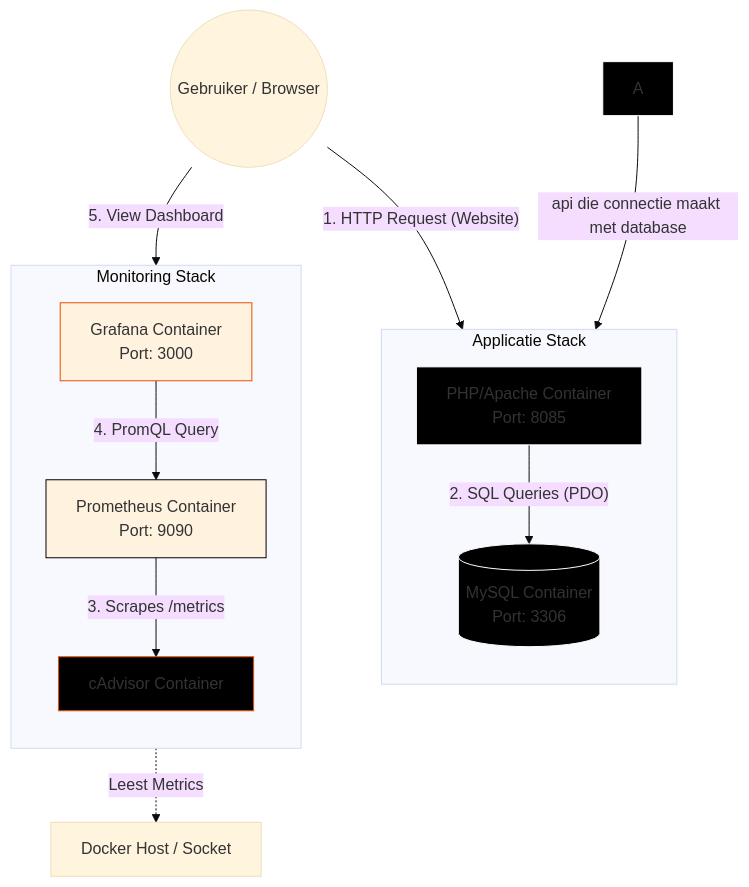
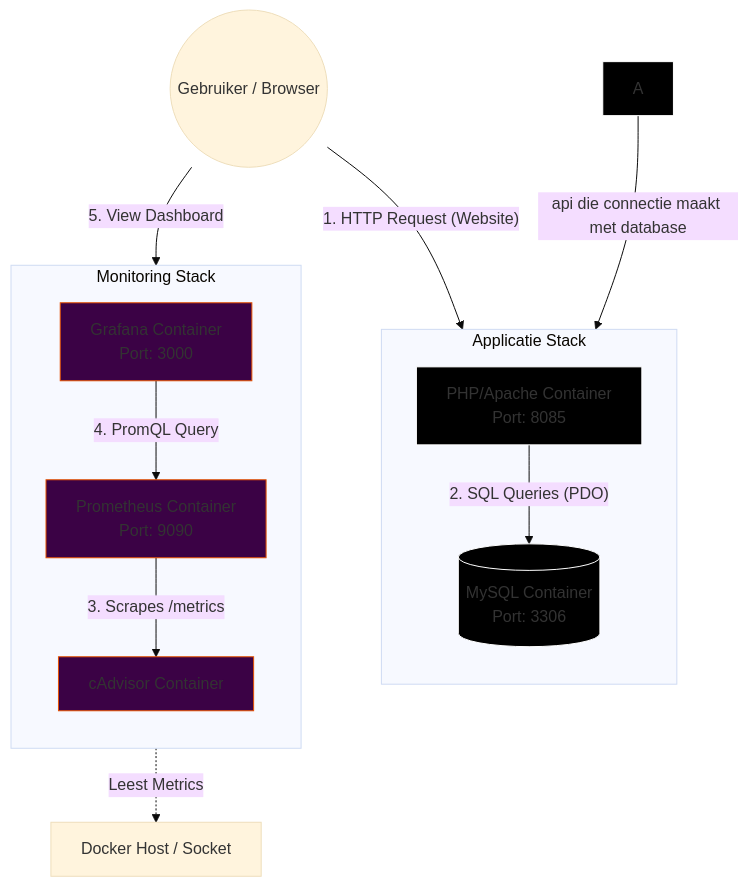
One commit to oguzhan6/jenkins-test changed the diagram in documentation.md. Above: the diagram before and after it, drawn with Mermaid (base theme). The commit also changed other lines of this file, not shown here.

````diff
--- a/documentation.md
+++ b/documentation.md
@@ -8,44 +8,44 @@
 ```mermaid
 graph TD
     %% Definieer de Gebruiker
     User((Gebruiker / Browser))
 
     %% Host Systeem
     Host[Docker Host / Socket]
 
     %% Groepering Applicatie
     subgraph AppStack [Applicatie Stack]
         direction TB
         PHP[PHP/Apache Container<br/>Port: 8085]
         MySQL[(MySQL Container<br/>Port: 3306)]
     end
 
     %% Groepering Monitoring
     subgraph MonStack [Monitoring Stack]
         direction TB
         cAdvisor[cAdvisor Container]
         Prometheus[Prometheus Container<br/>Port: 9090]
         Grafana[Grafana Container<br/>Port: 3000]
     end
 
     %% Data Flows - Applicatie
     User -- "1. HTTP Request (Website)" --> PHP
     A -- "api die connectie maakt met database" --> PHP
     PHP -- "2. SQL Queries (PDO)" --> MySQL
 
     %% Data Flows - Monitoring Verzameling
     cAdvisor -. "Leest Metrics" .-> Host
     Prometheus -- "3. Scrapes /metrics" --> cAdvisor
 
     %% Data Flows - Visualisatie
     User -- "5. View Dashboard" --> Grafana
     Grafana -- "4. PromQL Query" --> Prometheus
 
     %% Styling voor duidelijkheid
     style A fill:#000,stroke:#fff
     style PHP fill:#000,stroke:#fff
     style MySQL fill:#000,stroke:#fff
-    style cAdvisor fill:#000,stroke:#e65100
-    style Prometheus fill:#fff3e0,stroke:#000
-    style Grafana fill:#fff3e0,stroke:#e65100
+    style cAdvisor fill:#3b0245,stroke:#e65100
+    style Prometheus fill:#3b0245,stroke:#e65100
+    style Grafana fill:#3b0245,stroke:#e65100
 ```
````
